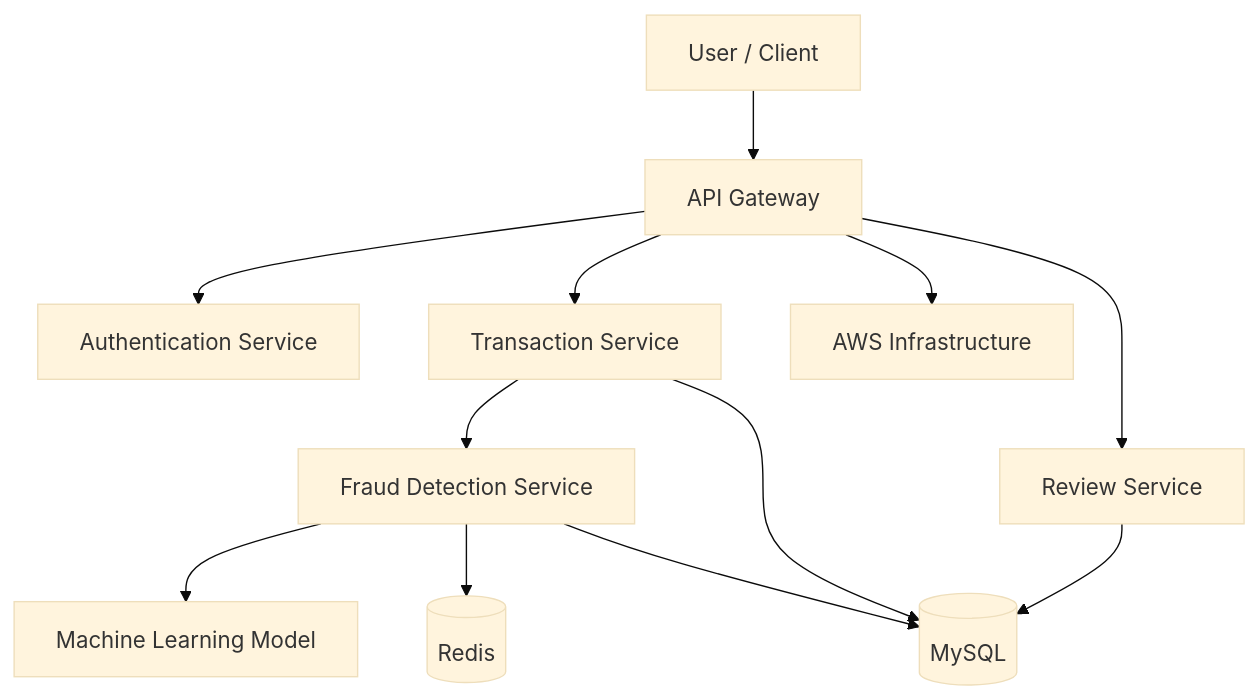
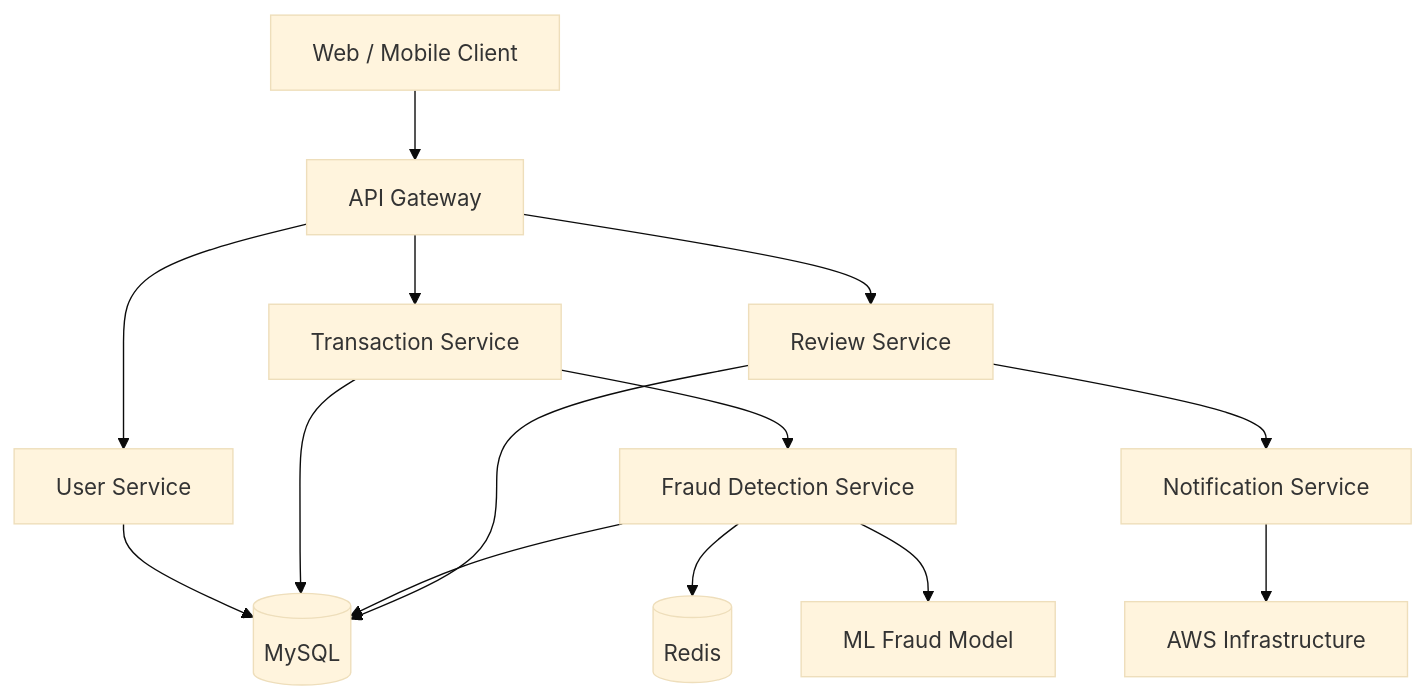
One commit to sujithakrishna/payshield-transaction-risk-system changed the fifth of 5 diagrams in README.md. Above: the diagram before and after it, drawn with Mermaid (base theme). The commit also changed other lines of this file, not shown here.

````diff
--- a/README.md
+++ b/README.md
@@ -1120,40 +1112,34 @@
 ```mermaid
-flowchart TB
+flowchart TD
+    CLIENT[Web / Mobile Client]
+    GATEWAY[API Gateway]
 
-    USER[User / Client]
-
-    API[API Gateway]
-
-    AUTH[Authentication Service]
-
-    TX[Transaction Service]
-
+    USER[User Service]
+    TRANSACTION[Transaction Service]
     FRAUD[Fraud Detection Service]
-
     REVIEW[Review Service]
-
-    ML[Machine Learning Model]
+    NOTIFICATION[Notification Service]
 
     REDIS[(Redis)]
+    MYSQL[(MySQL)]
+    ML[ML Fraud Model]
+    AWS[AWS Infrastructure]
 
-    MYSQL[(MySQL)]
+    CLIENT --> GATEWAY
 
-    CLOUD[AWS Infrastructure]
+    GATEWAY --> USER
+    GATEWAY --> TRANSACTION
+    GATEWAY --> REVIEW
 
-    USER --> API
+    TRANSACTION --> FRAUD
+    FRAUD --> REDIS
+    FRAUD --> ML
 
-    API --> AUTH
-    API --> TX
-    API --> REVIEW
-
-    TX --> FRAUD
-
-    FRAUD --> ML
-    FRAUD --> REDIS
+    USER --> MYSQL
+    TRANSACTION --> MYSQL
     FRAUD --> MYSQL
-
-    TX --> MYSQL
     REVIEW --> MYSQL
 
-    API --> CLOUD
+    REVIEW --> NOTIFICATION
+    NOTIFICATION --> AWS
 ```
````
